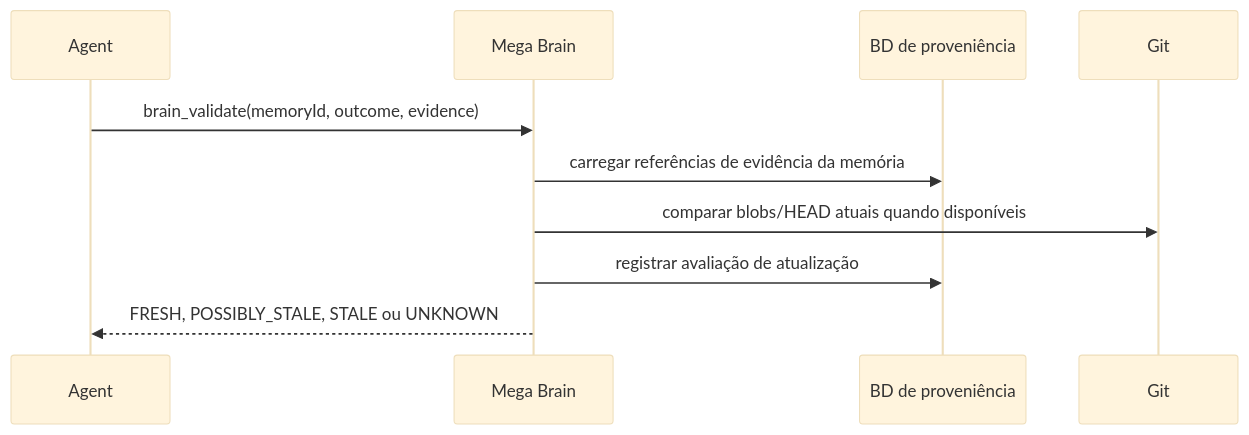
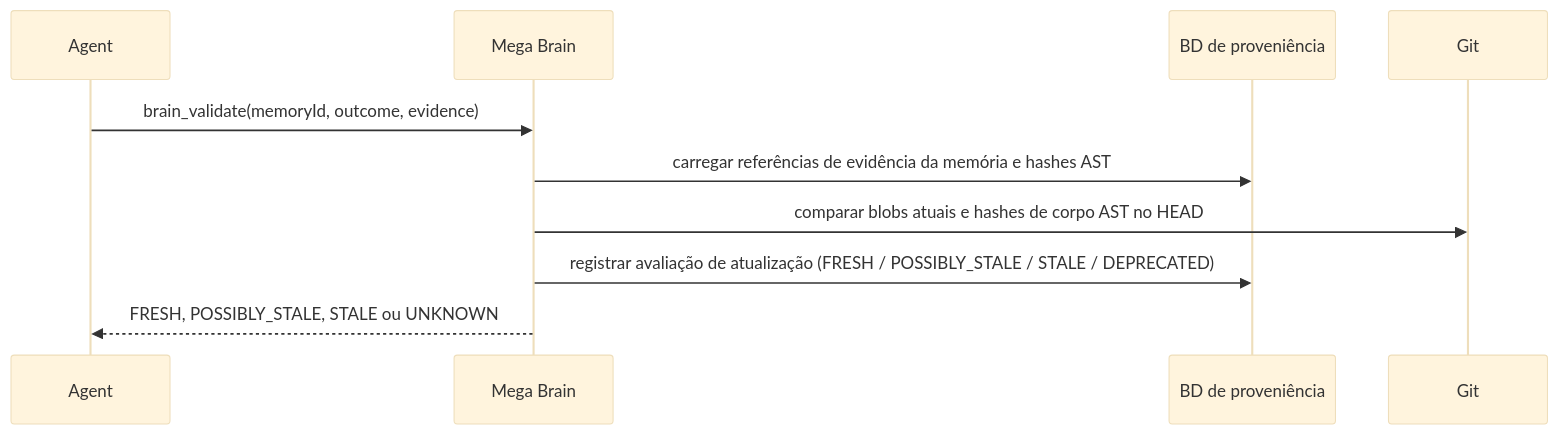
Before and after one commit to RaffaHr/mega-brain-mcp: the sixth of 10 diagrams in README-ptbr.md, drawn with Mermaid (base theme). The commit also changed other lines of this file and 1 other file, not shown here.

````diff
--- a/README-ptbr.md
+++ b/README-ptbr.md
@@ -559,23 +517,13 @@
 ```mermaid
-
 sequenceDiagram
-
 participant Agent
-
 participant MB as Mega Brain
-
 participant Prov as BD de proveniência
-
 participant Git
 
 Agent->>MB: brain_validate(memoryId, outcome, evidence)
-
-MB->>Prov: carregar referências de evidência da memória
-
-MB->>Git: comparar blobs/HEAD atuais quando disponíveis
-
-MB->>Prov: registrar avaliação de atualização
-
+MB->>Prov: carregar referências de evidência da memória e hashes AST
+MB->>Git: comparar blobs atuais e hashes de corpo AST no HEAD
+MB->>Prov: registrar avaliação de atualização (FRESH / POSSIBLY_STALE / STALE / DEPRECATED)
 MB-->>Agent: FRESH, POSSIBLY_STALE, STALE ou UNKNOWN
-
 ```
````
